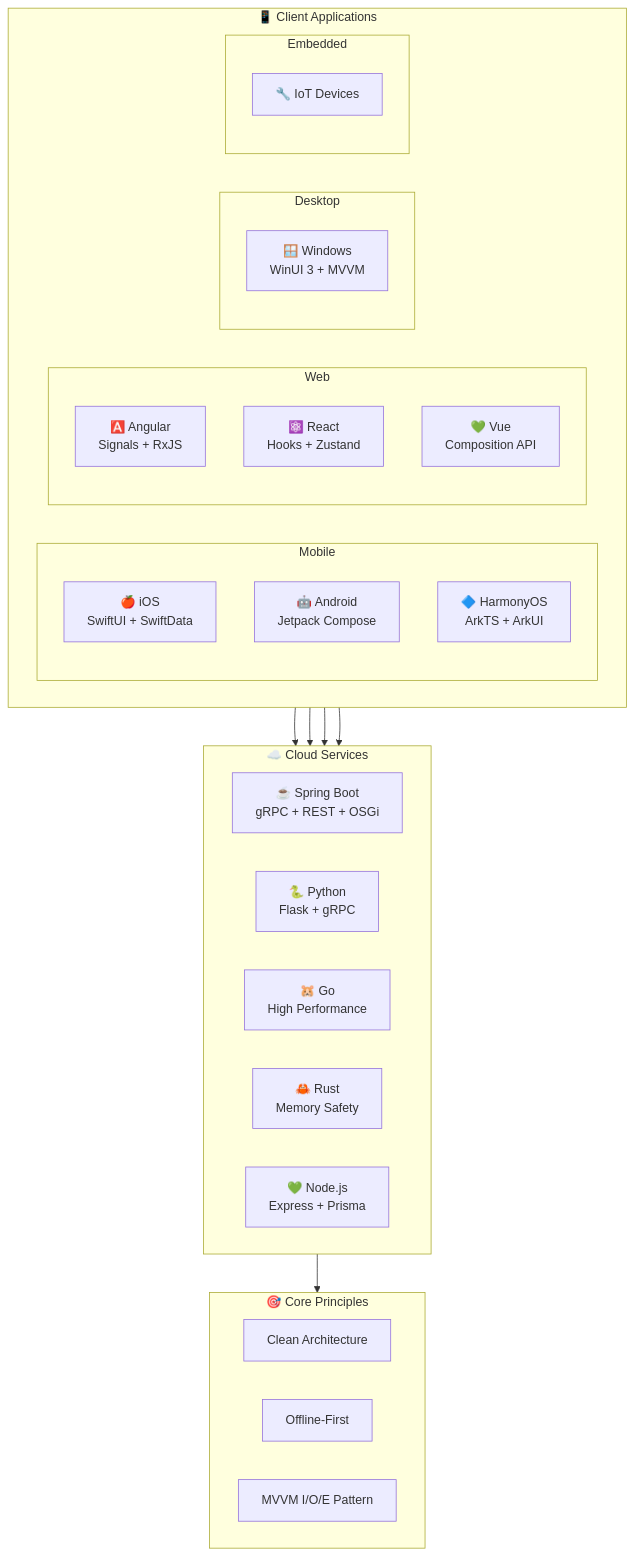
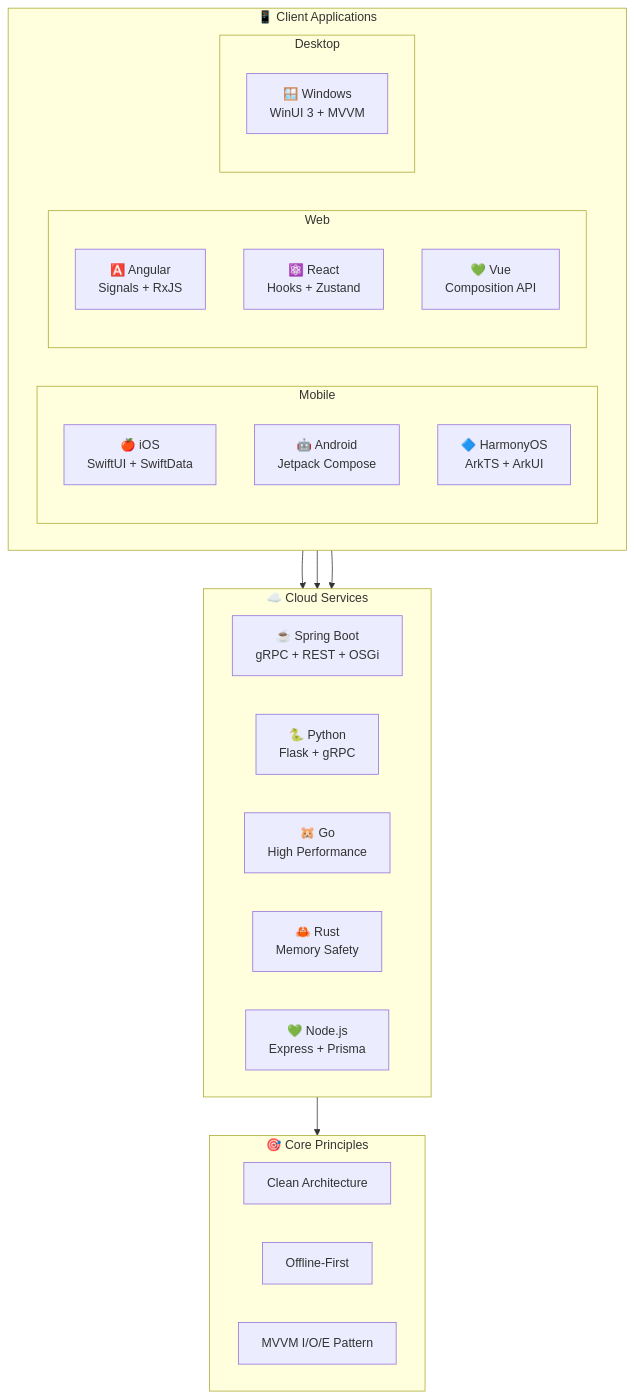
Before and after one commit to jrjohn/jrjohn: the diagram in README.md, drawn with Mermaid. The commit also changed other lines of this file, not shown here.

````diff
--- a/README.md
+++ b/README.md
@@ -18,43 +18,39 @@
 ```mermaid
 flowchart TB
     subgraph Client["📱 Client Applications"]
         direction LR
         subgraph Mobile["Mobile"]
             iOS["🍎 iOS<br>SwiftUI + SwiftData"]
             Android["🤖 Android<br>Jetpack Compose"]
             HarmonyOS["🔷 HarmonyOS<br>ArkTS + ArkUI"]
         end
         subgraph Web["Web"]
             Angular["🅰️ Angular<br>Signals + RxJS"]
             React["⚛️ React<br>Hooks + Zustand"]
             Vue["💚 Vue<br>Composition API"]
         end
         subgraph Desktop["Desktop"]
             Windows["🪟 Windows<br>WinUI 3 + MVVM"]
-        end
-        subgraph Embedded["Embedded"]
-            Embedded1["🔧 IoT Devices"]
         end
     end
 
     subgraph Cloud["☁️ Cloud Services"]
         direction LR
         SpringBoot["☕ Spring Boot<br>gRPC + REST + OSGi"]
         Python["🐍 Python<br>Flask + gRPC"]
         Go["🐹 Go<br>High Performance"]
         Rust["🦀 Rust<br>Memory Safety"]
         NodeJS["💚 Node.js<br>Express + Prisma"]
     end
 
     subgraph Core["🎯 Core Principles"]
         CA["Clean Architecture"]
         OF["Offline-First"]
         MVVM["MVVM I/O/E Pattern"]
     end
 
     Mobile --> Cloud
     Web --> Cloud
     Desktop --> Cloud
-    Embedded --> Cloud
     Cloud --> Core
 ```
````
